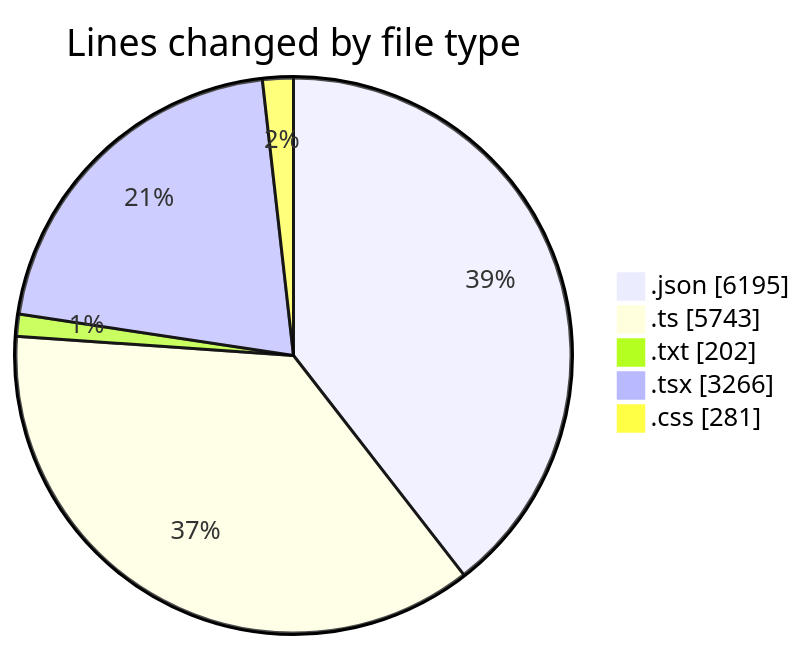
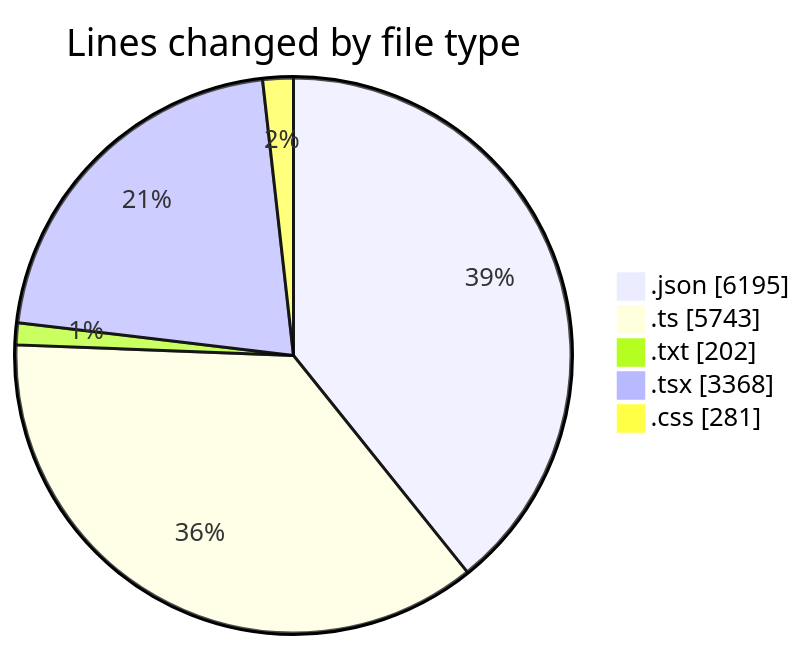
Before and after one commit to CELIANVF/code-tracking: the first of 2 diagrams in 2025-05-27/ecodeli-1/README.md, drawn with Mermaid. The commit also changed other lines of this file and 1 other file, not shown here.

````diff
--- a/2025-05-27/ecodeli-1/README.md
+++ b/2025-05-27/ecodeli-1/README.md
@@ -41,9 +41,9 @@
 ```mermaid
 pie showData
 title Lines changed by file type
 ".json" : 6195
 ".ts" : 5743
 ".txt" : 202
-".tsx" : 3266
+".tsx" : 3368
 ".css" : 281
 ```
````
